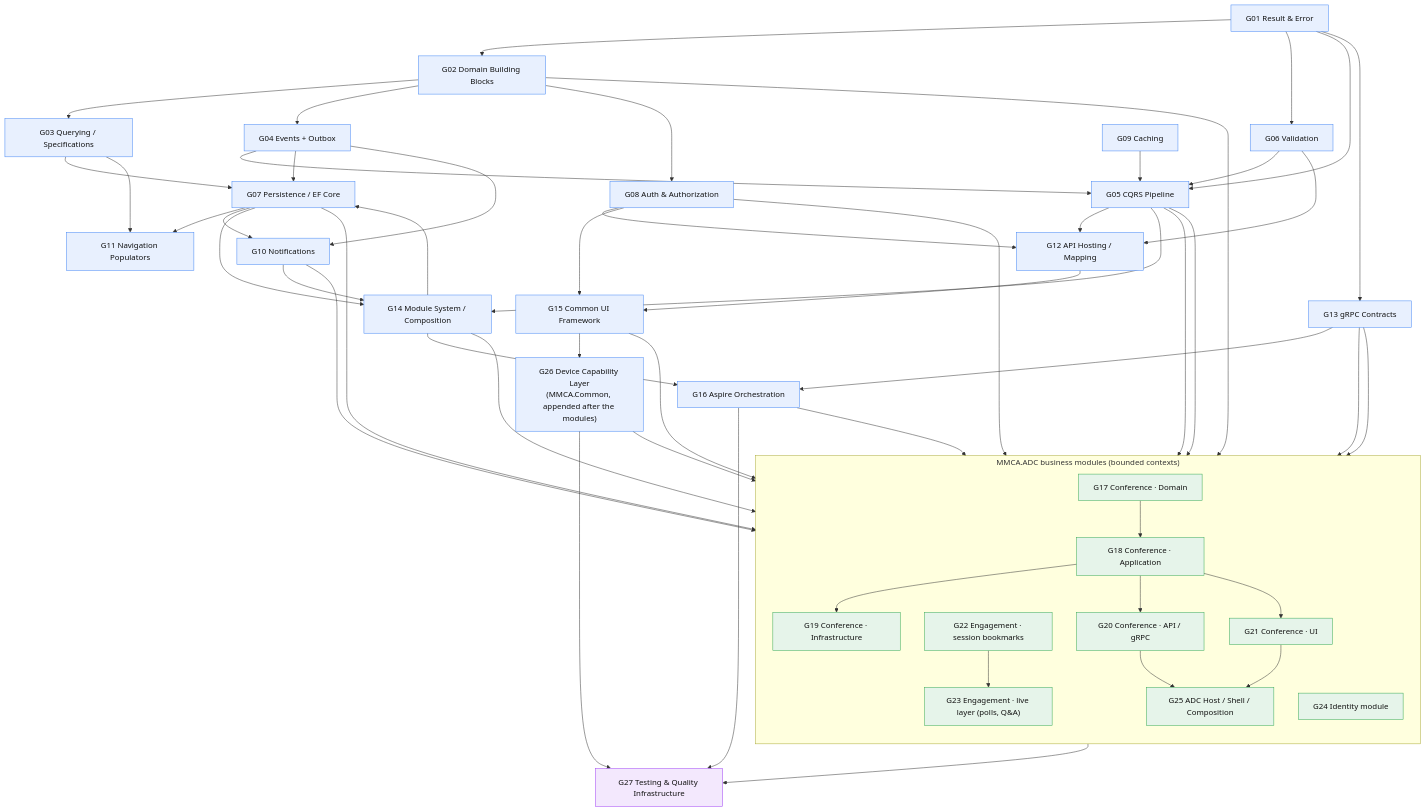
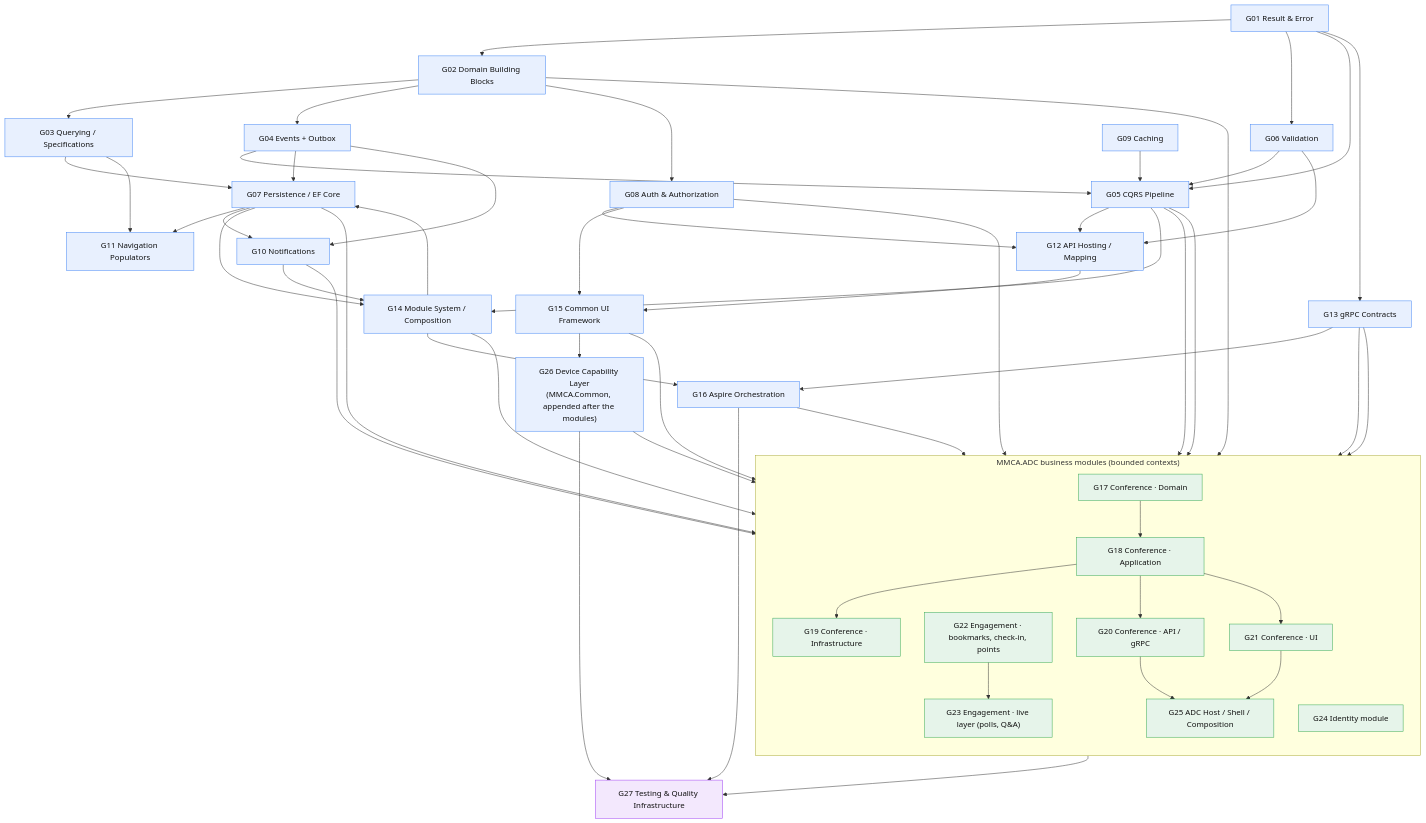
The third of 15 diagrams in docs-src/onboarding/CONCEPT-MAPS.md (ivanball/ivanball.github.io), drawn with Mermaid before and after one commit. The commit also changed other lines of this file and 79 other files, not shown here.

```diff
--- a/docs-src/onboarding/CONCEPT-MAPS.md
+++ b/docs-src/onboarding/CONCEPT-MAPS.md
@@ -145,7 +158,7 @@
         G19["G19 Conference · Infrastructure"]
         G20["G20 Conference · API / gRPC"]
         G21["G21 Conference · UI"]
-        G22["G22 Engagement · session bookmarks"]
+        G22["G22 Engagement · bookmarks, check-in, points"]
         G23["G23 Engagement · live layer (polls, Q&amp;A)"]
         G24["G24 Identity module"]
         G25["G25 ADC Host / Shell / Composition"]
```
